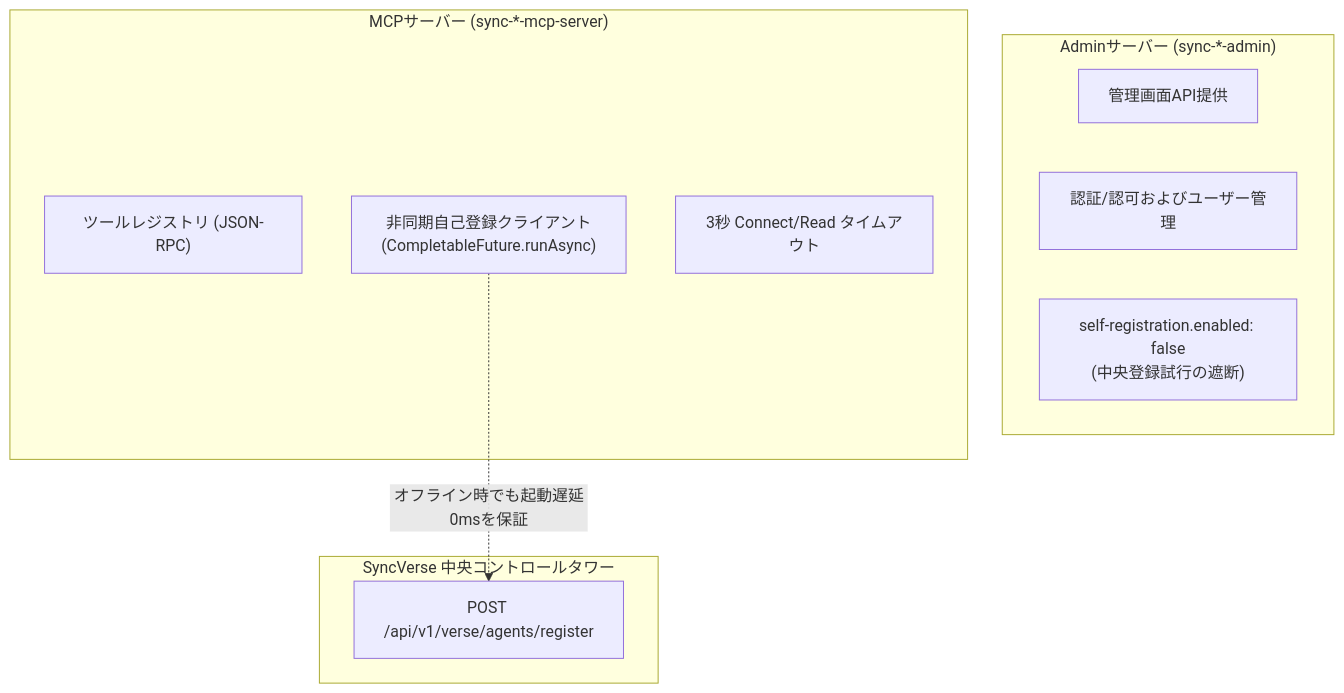
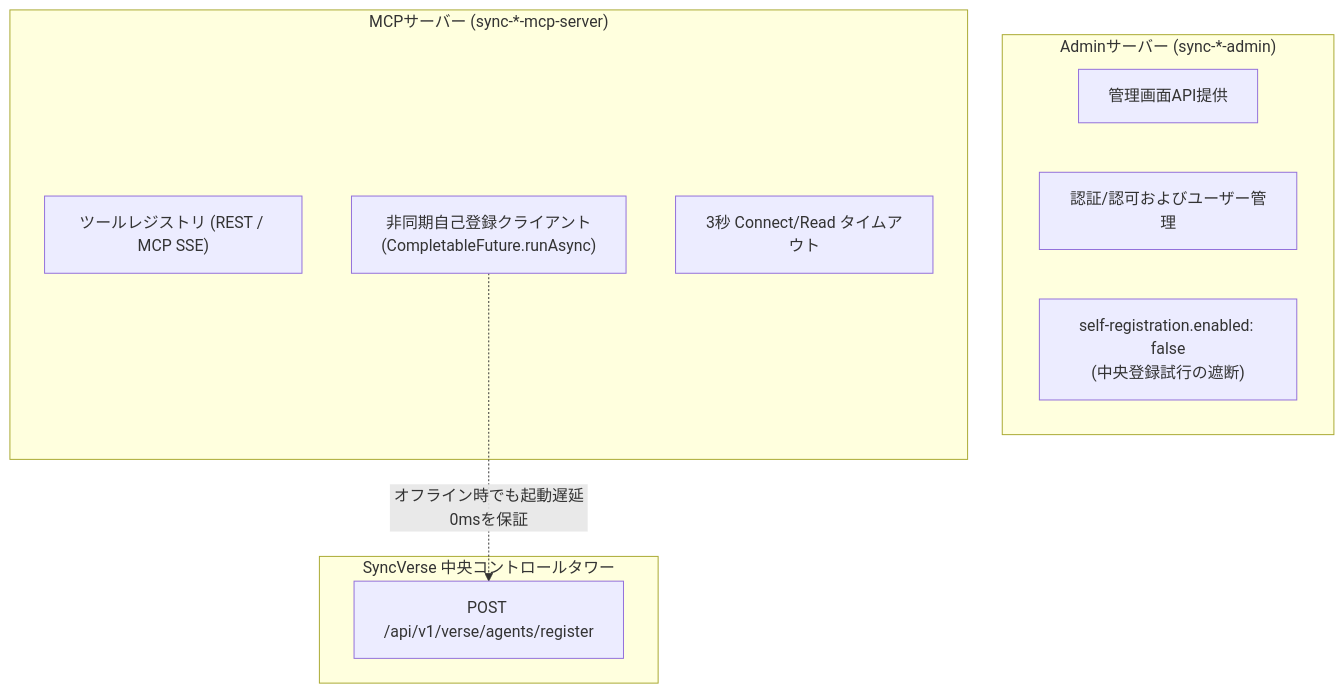
Before and after one commit to DramaticCollaboration/doc.github.io: the third of 3 diagrams in ja/syncverse/architecture.md, drawn with Mermaid. The commit also changed other lines of this file and 4 other files, not shown here.

````diff
--- a/ja/syncverse/architecture.md
+++ b/ja/syncverse/architecture.md
@@ -171,20 +171,20 @@
 ```mermaid
 graph TD
     subgraph AdminRuntime ["Adminサーバー (sync-*-admin)"]
         UI["管理画面API提供"]
         Auth["認証/認可およびユーザー管理"]
         Block["self-registration.enabled: false<br/>(中央登録試行の遮断)"]
     end
 
     subgraph McpRuntime ["MCPサーバー (sync-*-mcp-server)"]
-        ToolRegistry["ツールレジストリ (JSON-RPC)"]
+        ToolRegistry["ツールレジストリ (REST / MCP SSE)"]
         AsyncReg["非同期自己登録クライアント<br/>(CompletableFuture.runAsync)"]
         Timeout["3秒 Connect/Read タイムアウト"]
     end
 
     subgraph CenterTower ["SyncVerse 中央コントロールタワー"]
         RegEndpoint["POST /api/v1/verse/agents/register"]
     end
 
     AsyncReg -.->|オフライン時でも起動遅延0msを保証| RegEndpoint
 ```
````
